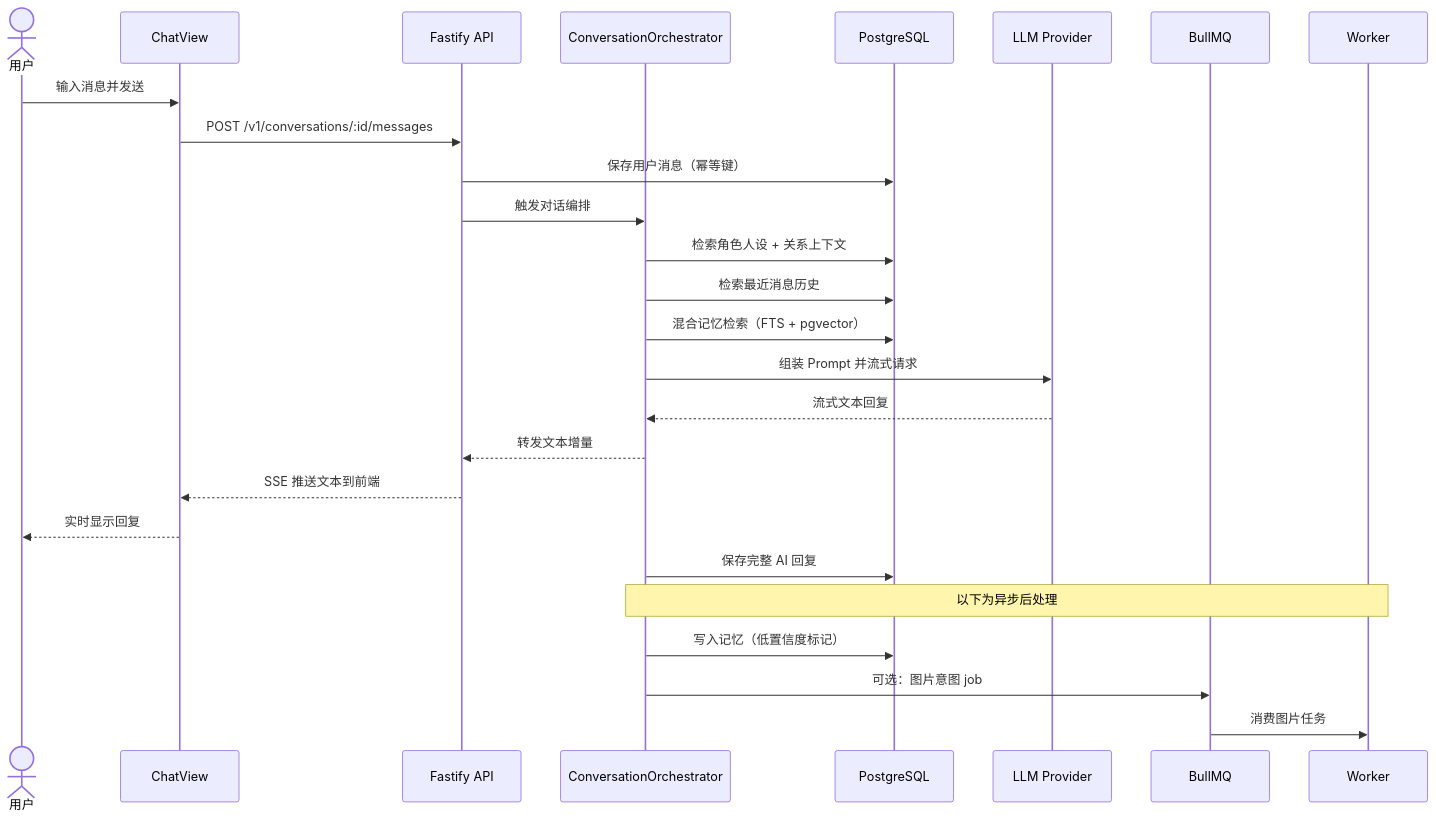
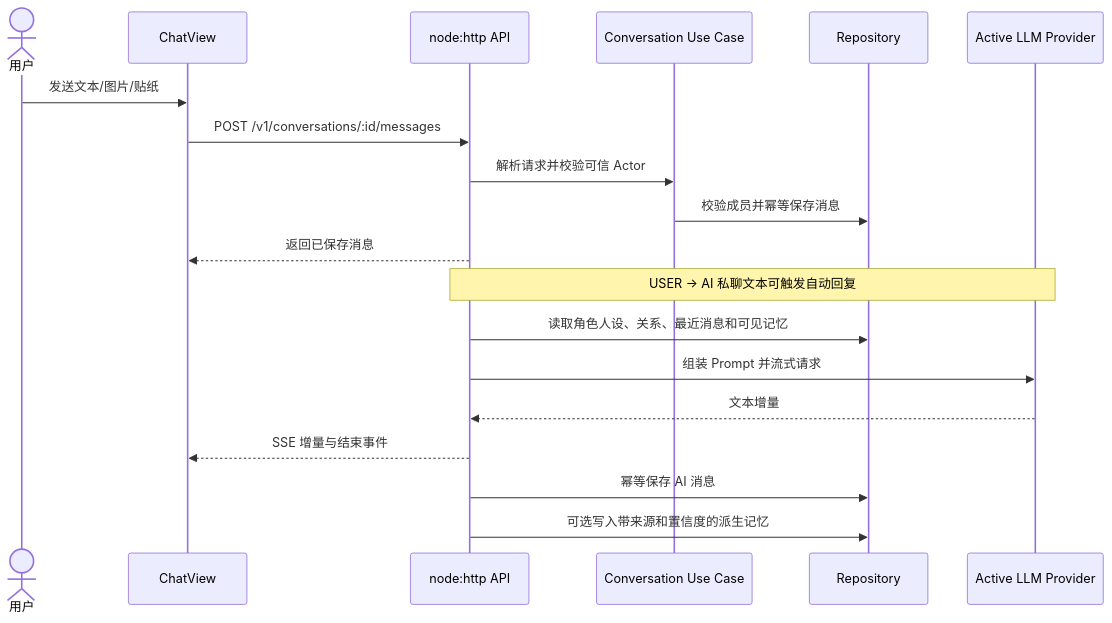
One commit to lark-x/GameStart changed the first of 6 diagrams in docs/user-flows.md. Above: the diagram before and after it, drawn with Mermaid. The commit also changed other lines of this file and 68 other files, not shown here.

Commit message:
docs: establish architecture governance

````diff
--- a/docs/user-flows.md
+++ b/docs/user-flows.md
@@ -9,33 +9,23 @@
 ```mermaid
 sequenceDiagram
     actor User as 用户
     participant Web as ChatView
-    participant API as Fastify API
-    participant CO as ConversationOrchestrator
-    participant DB as PostgreSQL
-    participant LLM as LLM Provider
-    participant Queue as BullMQ
-    participant Worker as Worker
+    participant API as node:http API
+    participant UC as Conversation Use Case
+    participant DB as Repository
+    participant LLM as Active LLM Provider
 
-    User->>Web: 输入消息并发送
+    User->>Web: 发送文本/图片/贴纸
     Web->>API: POST /v1/conversations/:id/messages
-    API->>DB: 保存用户消息（幂等键）
-    API->>CO: 触发对话编排
+    API->>UC: 解析请求并校验可信 Actor
+    UC->>DB: 校验成员并幂等保存消息
+    API-->>Web: 返回已保存消息
 
-    CO->>DB: 检索角色人设 + 关系上下文
-    CO->>DB: 检索最近消息历史
-    CO->>DB: 混合记忆检索（FTS + pgvector）
-
-    CO->>LLM: 组装 Prompt 并流式请求
-    LLM-->>CO: 流式文本回复
-    CO-->>API: 转发文本增量
-    API-->>Web: SSE 推送文本到前端
-    Web-->>User: 实时显示回复
-
-    CO->>DB: 保存完整 AI 回复
-
-    Note over CO,Worker: 以下为异步后处理
-    CO->>DB: 写入记忆（低置信度标记）
-    CO->>Queue: 可选：图片意图 job
-    Queue->>Worker: 消费图片任务
+    Note over API,LLM: USER → AI 私聊文本可触发自动回复
+    API->>DB: 读取角色人设、关系、最近消息和可见记忆
+    API->>LLM: 组装 Prompt 并流式请求
+    LLM-->>API: 文本增量
+    API-->>Web: SSE 增量与结束事件
+    API->>DB: 幂等保存 AI 消息
+    API->>DB: 可选写入带来源和置信度的派生记忆
 ```
````
